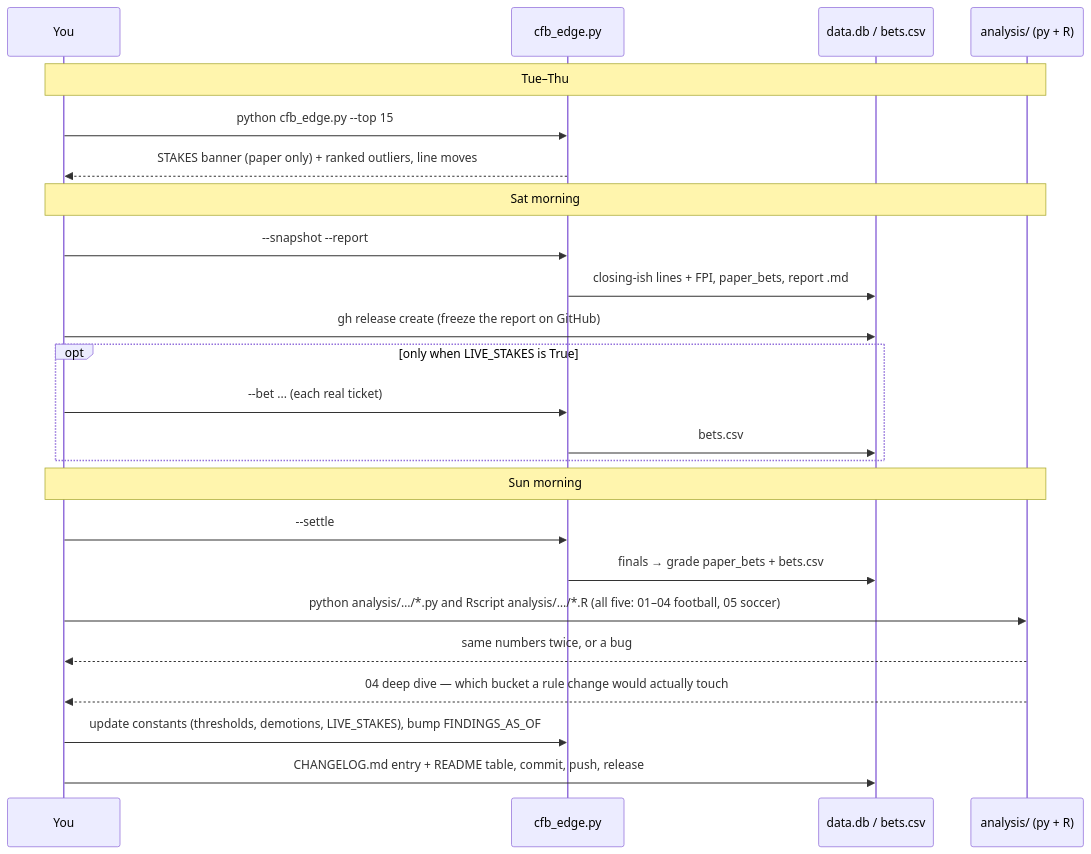
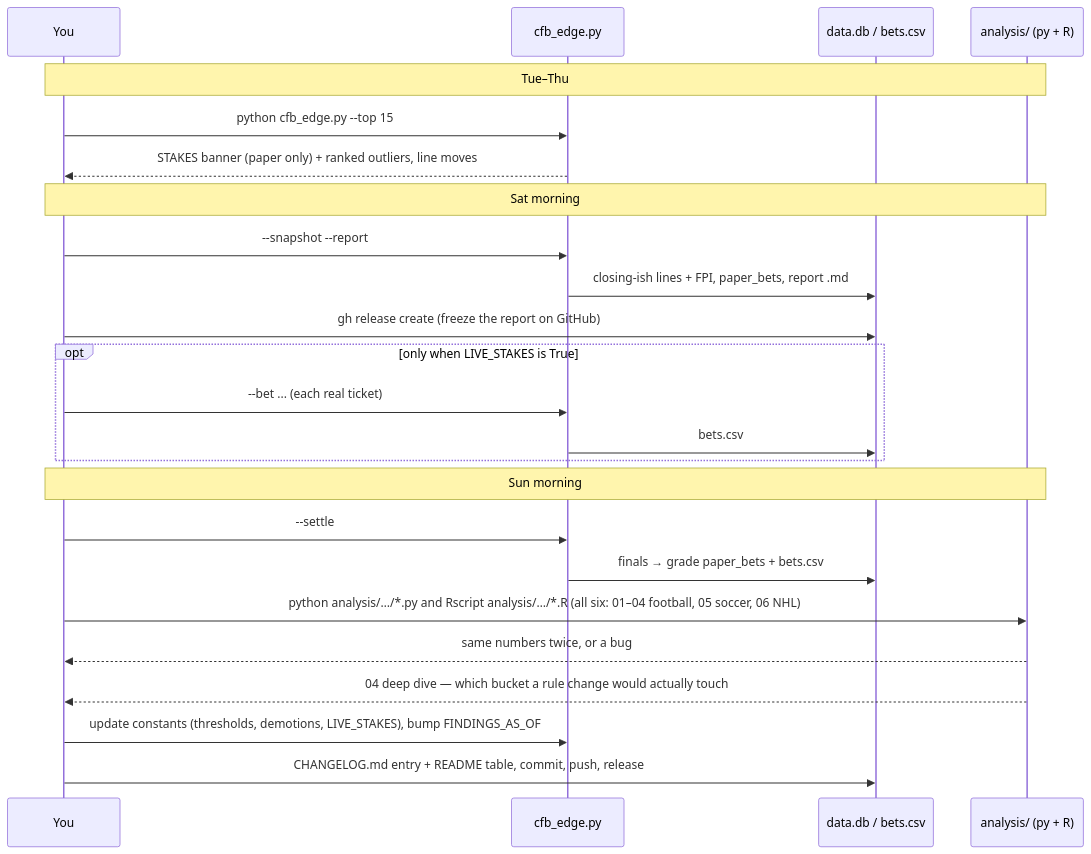
One commit to wbp318/cfb_pro_soccer_2026 changed the seventh of 26 diagrams in README.md. Above: the diagram before and after it, drawn with Mermaid. The commit also changed other lines of this file and 8 other files, not shown here.

First line of the commit message:
Add analysis/06_nhl: the NHL analysis loop in Python and R

````diff
--- a/README.md
+++ b/README.md
@@ -431,27 +435,27 @@
 ```mermaid
 sequenceDiagram
     participant You
     participant Tool as cfb_edge.py
     participant DB as data.db / bets.csv
     participant An as analysis/ (py + R)
 
     Note over You,An: Tue–Thu
     You->>Tool: python cfb_edge.py --top 15
     Tool-->>You: STAKES banner (paper only) + ranked outliers, line moves
     Note over You,An: Sat morning
     You->>Tool: --snapshot --report
     Tool->>DB: closing-ish lines + FPI, paper_bets, report .md
     You->>DB: gh release create (freeze the report on GitHub)
     opt only when LIVE_STAKES is True
         You->>Tool: --bet ... (each real ticket)
         Tool->>DB: bets.csv
     end
     Note over You,An: Sun morning
     You->>Tool: --settle
     Tool->>DB: finals → grade paper_bets + bets.csv
-    You->>An: python analysis/…/*.py  and  Rscript analysis/…/*.R (all five: 01–04 football, 05 soccer)
+    You->>An: python analysis/…/*.py  and  Rscript analysis/…/*.R (all six: 01–04 football, 05 soccer, 06 NHL)
     An-->>You: same numbers twice, or a bug
     An-->>You: 04 deep dive — which bucket a rule change would actually touch
     You->>Tool: update constants (thresholds, demotions, LIVE_STAKES), bump FINDINGS_AS_OF
     You->>DB: CHANGELOG.md entry + README table, commit, push, release
 ```
````
